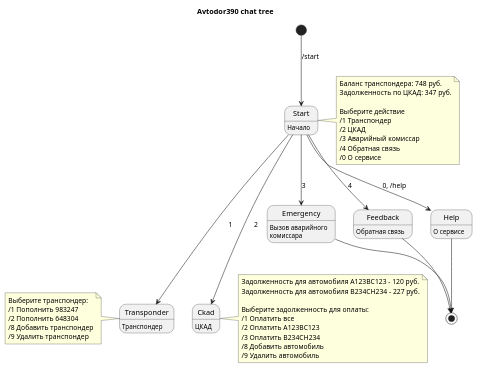
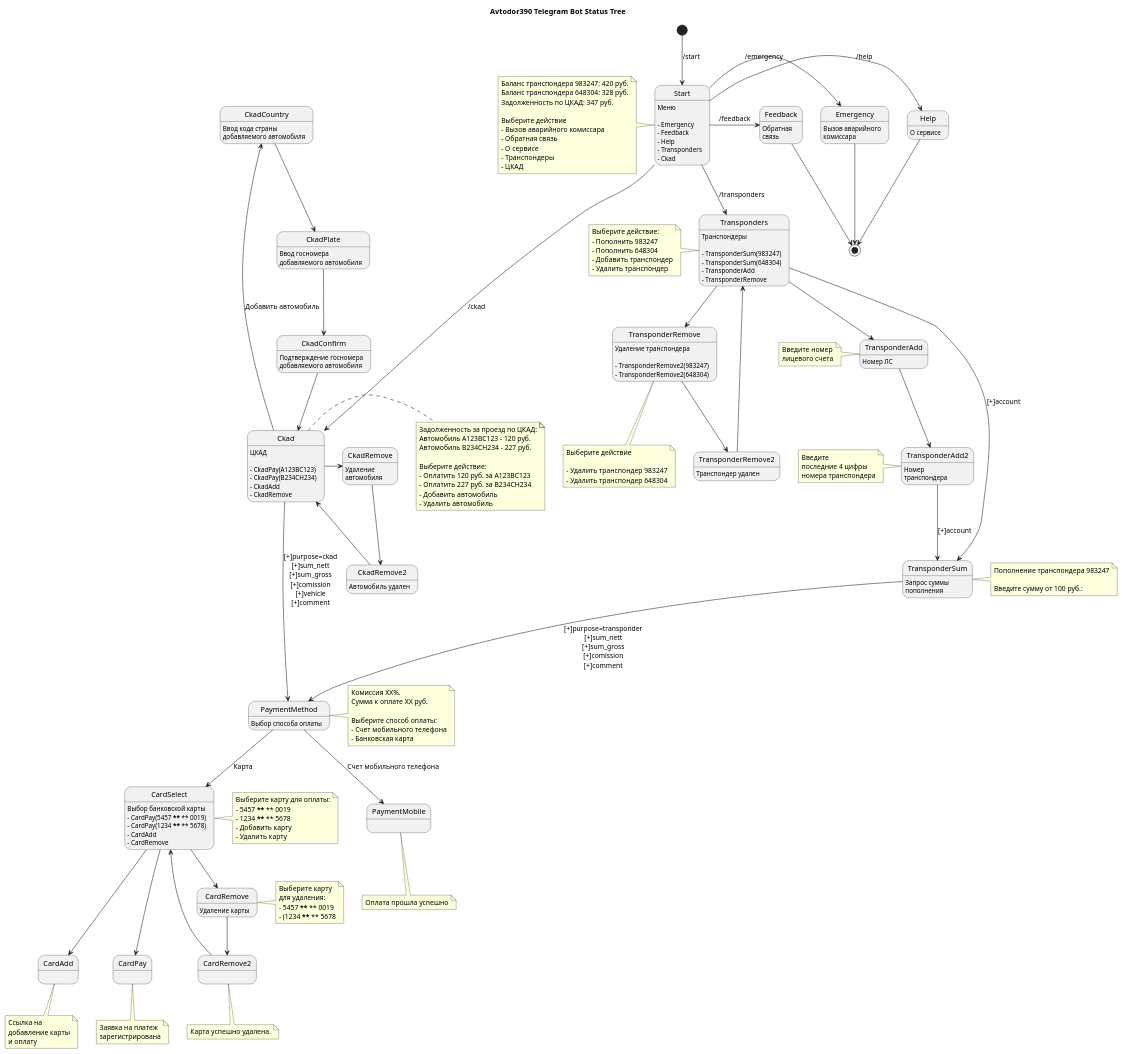
The diagram in readme.md (rtmvnv/avtodor390_bot), drawn with PlantUML before and after one commit. The commit also changed other lines of this file and 56 other files, not shown here.

````diff
--- a/readme.md
+++ b/readme.md
@@ -3,53 +6,178 @@
 ```plantuml
 @startuml
 'https://plantuml.com/state-diagram
-title Avtodor390 chat tree
-
-Start: Начало
-note right of Start
-    Баланс транспондера: 748 руб.
-    Задолженность по ЦКАД: 347 руб.
-
-    Выберите действие
-    /1 Транспондер
-    /2 ЦКАД
-    /3 Аварийный комиссар
-    /4 Обратная связь
-    /0 О сервисе
-end note
-Transponder: Транспондер
-note left of Transponder
-    Выберите транспондер:
-    /1 Пополнить 983247
-    /2 Пополнить 648304
-    /8 Добавить транспондер
-    /9 Удалить транспондер
-end note
-Ckad: ЦКАД
-note right of Ckad
-    Задолженность для автомобиля А123ВС123 - 120 руб.
-    Задолженность для автомобиля В234СН234 - 227 руб.
-
-    Выберите задолженность для оплаты:
-    /1 Оплатить все
-    /2 Оплатить А123ВС123
-    /3 Оплатить В234СН234
-    /8 Добавить автомобиль
-    /9 Удалить автомобиль
-end note
-Emergency: Вызов аварийного\nкомиссара
-Feedback: Обратная связь
-Help: О сервисе
+title Avtodor390 Telegram Bot Status Tree
 
 [*] --> Start : /start
-Start ---> Transponder : 1
-Start ---> Ckad : 2
-Start --> Emergency : 3
-Start --> Feedback : 4
-Start --> Help : 0, /help
+Start -right-> Emergency : /emergency
+Start -right-> Feedback : /feedback
+Start -right-> Help : /help
+Start --> Transponders : /transponders
+Start --> Ckad : /ckad
+
+Transponders --> TransponderSum: [+]account
+Transponders --> TransponderAdd
+TransponderAdd --> TransponderAdd2
+TransponderAdd2 --> TransponderSum: [+]account
+TransponderSum --> PaymentMethod: [+]purpose=transponder\n[+]sum_nett\n[+]sum_gross\n[+]comission\n[+]comment
+Transponders --> TransponderRemove
+TransponderRemove --> TransponderRemove2
+TransponderRemove2 --> Transponders
+
+Ckad ---> PaymentMethod: [+]purpose=ckad\n[+]sum_nett\n[+]sum_gross\n[+]comission\n[+]vehicle\n[+]comment
+Ckad -up-> CkadCountry : Добавить автомобиль
+CkadCountry --> CkadPlate
+CkadPlate --> CkadConfirm
+CkadConfirm --> Ckad
+Ckad -> CkadRemove
+CkadRemove --> CkadRemove2
+CkadRemove2 --> Ckad
+
+PaymentMethod --> CardSelect : Карта
+PaymentMethod --> PaymentMobile : Счет мобильного телефона
+
+CardSelect --> CardRemove
+CardSelect ---> CardAdd
+CardSelect ---> CardPay
+CardRemove --> CardRemove2
+CardRemove2 --> CardSelect
 
 Emergency --> [*]
 Feedback --> [*]
 Help --> [*]
+
+Start : Меню
+    Start :
+    Start : - Emergency
+    Start : - Feedback
+    Start : - Help
+    Start : - Transponders
+    Start : - Ckad
+    note left of Start
+    Баланс транспондера 983247: 420 руб.
+    Баланс транспондера 648304: 328 руб.
+    Задолженность по ЦКАД: 347 руб.
+
+    Выберите действие
+    - Вызов аварийного комиссара
+    - Обратная связь
+    - О сервисе
+    - Транспондеры
+    - ЦКАД
+    end note
+Transponders: Транспондеры
+    Transponders:
+    Transponders: - TransponderSum(983247)
+    Transponders: - TransponderSum(648304)
+    Transponders: - TransponderAdd
+    Transponders: - TransponderRemove
+    note left of Transponders
+    Выберите действие:
+    - Пополнить 983247
+    - Пополнить 648304
+    - Добавить транспондер
+    - Удалить транспондер
+    end note
+Ckad: ЦКАД
+    Ckad:
+    Ckad: - CkadPay(А123ВС123)
+    Ckad: - CkadPay(В234СН234)
+    Ckad: - CkadAdd
+    Ckad: - CkadRemove
+    note right of Ckad
+    Задолженность за проезд по ЦКАД:
+    Автомобиль А123ВС123 - 120 руб.
+    Автомобиль В234СН234 - 227 руб.
+
+    Выберите действие:
+    - Оплатить 120 руб. за А123ВС123
+    - Оплатить 227 руб. за В234СН234
+    - Добавить автомобиль
+    - Удалить автомобиль
+    end note
+Emergency: Вызов аварийного\nкомиссара
+Feedback: Обратная\nсвязь
+Help: О сервисе
+TransponderSum: Запрос суммы\nпополнения
+    note right of TransponderSum
+    Пополнение транспондера 983247
+
+    Введите сумму от 100 руб.:
+    end note
+TransponderAdd: Номер ЛС
+    note left of TransponderAdd
+    Введите номер
+    лицевого счета
+    end note
+TransponderAdd2: Номер\nтранспондера
+    note left of TransponderAdd2
+    Введите
+    последние 4 цифры
+    номера транспондера
+    end note
+TransponderRemove: Удаление транспондера
+    TransponderRemove: 
+    TransponderRemove: - TransponderRemove2(983247)
+    TransponderRemove: - TransponderRemove2(648304)
+    note bottom of TransponderRemove
+    Выберите действие
+
+    - Удалить транспондер 983247
+    - Удалить транспондер 648304
+    end note
+TransponderRemove2: Транспондер удален
+CkadCountry: Ввод кода страны\nдобавляемого автомобиля
+CkadPlate: Ввод госномера\nдобавляемого автомобиля
+CkadConfirm: Подтверждение госномера\nдобавляемого автомобиля
+CkadRemove: Удаление\nавтомобиля
+CkadRemove2: Автомобиль удален
+PaymentMethod: Выбор способа оплаты
+    note right of PaymentMethod
+    Комиссия XX%.
+    Сумма к оплате XX руб.
+
+    Выберите способ оплаты:
+    - Счет мобильного телефона
+    - Банковская карта
+    end note
+CardSelect: Выбор банковской карты
+    CardSelect: - CardPay(5457 **** **** 0019)
+    CardSelect: - CardPay(1234 **** **** 5678)
+    CardSelect: - CardAdd
+    CardSelect: - CardRemove
+    note right of CardSelect
+    Выберите карту для оплаты:
+    - 5457 **** **** 0019
+    - 1234 **** **** 5678
+    - Добавить карту
+    - Удалить карту
+    end note
+CardRemove: Удаление карты
+    note right of CardRemove
+    Выберите карту
+    для удаления:
+    - 5457 **** **** 0019
+    - (1234 **** **** 5678
+    end note
+CardRemove2:
+    note bottom of CardRemove2
+    Карта успешно удалена.
+    end note
+CardPay:
+    note bottom of CardPay
+    Заявка на платеж
+    зарегистрирована
+    end note
+CardAdd:
+    note bottom of CardAdd
+    Ссылка на 
+    добавление карты
+    и оплату
+    end note
+PaymentMobile:
+    note bottom of PaymentMobile
+    Оплата прошла успешно
+    end note
+
 @enduml
 ```
````
